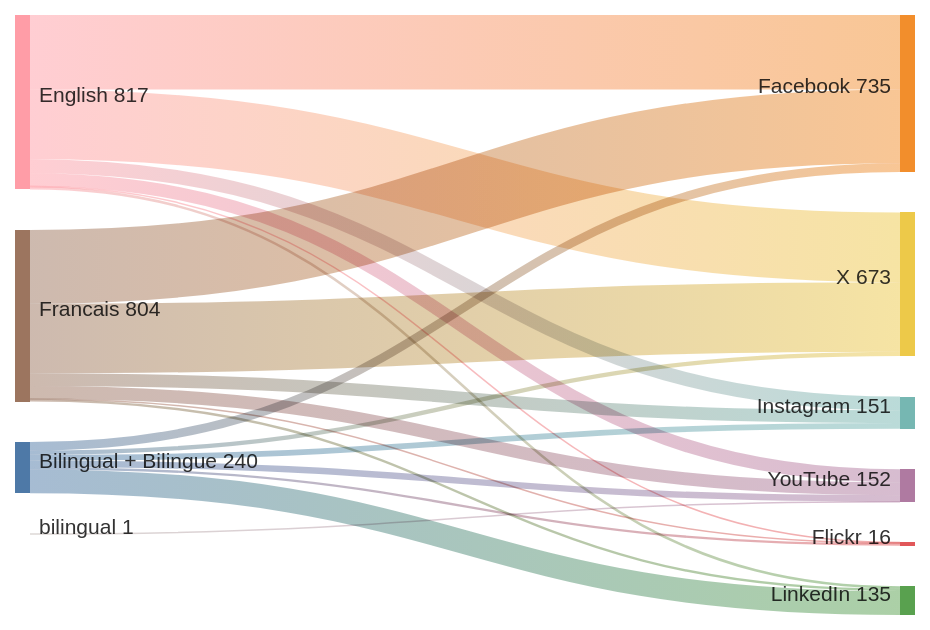
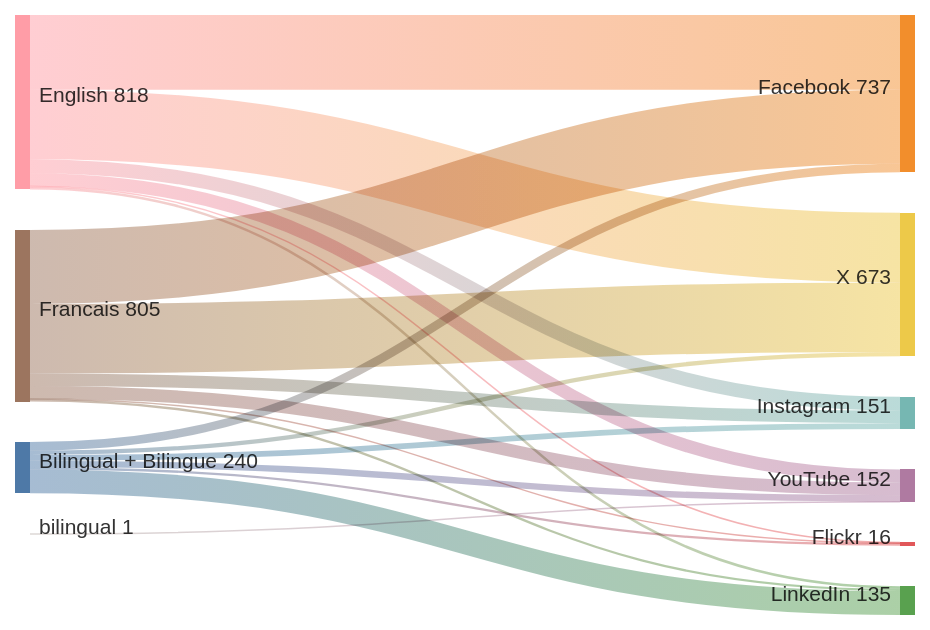
One commit to PatLittle/GC-Socials changed the diagram in sankey_diagram.md. Above: the diagram before and after it, drawn with Mermaid.

Commit message:
Update Sankey diagram for the most recent day

````diff
--- a/sankey_diagram.md
+++ b/sankey_diagram.md
@@ -1,22 +1,22 @@
 ```mermaid
 sankey-beta
   Bilingual + Bilingue,Facebook,40
   Bilingual + Bilingue,Flickr,11
   Bilingual + Bilingue,Instagram,27
   Bilingual + Bilingue,LinkedIn,112
   Bilingual + Bilingue,X,20
   Bilingual + Bilingue,YouTube,30
-  English,Facebook,349
+  English,Facebook,350
   English,Flickr,3
   English,Instagram,65
   English,LinkedIn,12
   English,X,327
   English,YouTube,61
-  Francais,Facebook,346
+  Francais,Facebook,347
   Francais,Flickr,2
   Francais,Instagram,59
   Francais,LinkedIn,11
   Francais,X,326
   Francais,YouTube,60
   bilingual,YouTube,1
 ```
````
